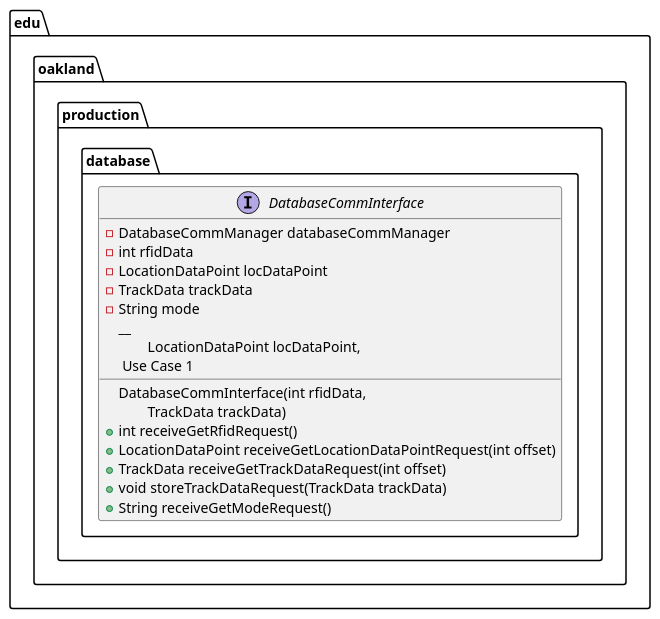
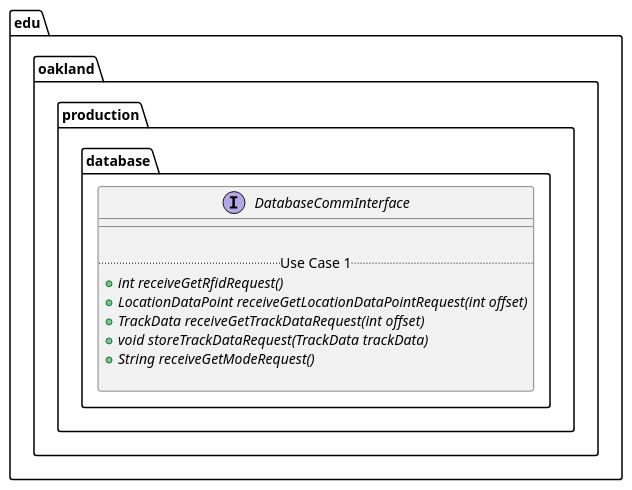
One commit to andrewdimmer/csi-3370-software-project changed the diagram in docs/uml-class-diagrams/database/production/DatabaseCommInterface/DatabaseCommInterface.puml. Above: the diagram before and after it, drawn with PlantUML. The commit also changed 4 other files, not shown here.

Commit message:
Updated CommInterface Implementation

```diff
--- a/docs/uml-class-diagrams/database/production/DatabaseCommInterface/DatabaseCommInterface.puml
+++ b/docs/uml-class-diagrams/database/production/DatabaseCommInterface/DatabaseCommInterface.puml
@@ -1,24 +1,17 @@
 @startuml DatabaseCommInterface
 
 package edu.oakland.production.database {
     interface DatabaseCommInterface {
-    	- DatabaseCommManager databaseCommManager
-    	- int rfidData
-    	- LocationDataPoint locDataPoint
-    	- TrackData trackData
-    	- String mode
         __
-        DatabaseCommInterface(int rfidData, 
-        \tLocationDataPoint locDataPoint,
-        \tTrackData trackData)
+        
         .. Use Case 1 ..
-        + int receiveGetRfidRequest()
-        + LocationDataPoint receiveGetLocationDataPointRequest(int offset)
-        + TrackData receiveGetTrackDataRequest(int offset)
-        + void storeTrackDataRequest(TrackData trackData)
-        + String receiveGetModeRequest()
+        {abstract} + int receiveGetRfidRequest()
+        {abstract} + LocationDataPoint receiveGetLocationDataPointRequest(int offset)
+        {abstract} + TrackData receiveGetTrackDataRequest(int offset)
+        {abstract} + void storeTrackDataRequest(TrackData trackData)
+        {abstract} + String receiveGetModeRequest()
         
     }
 }
 
 @enduml
```
